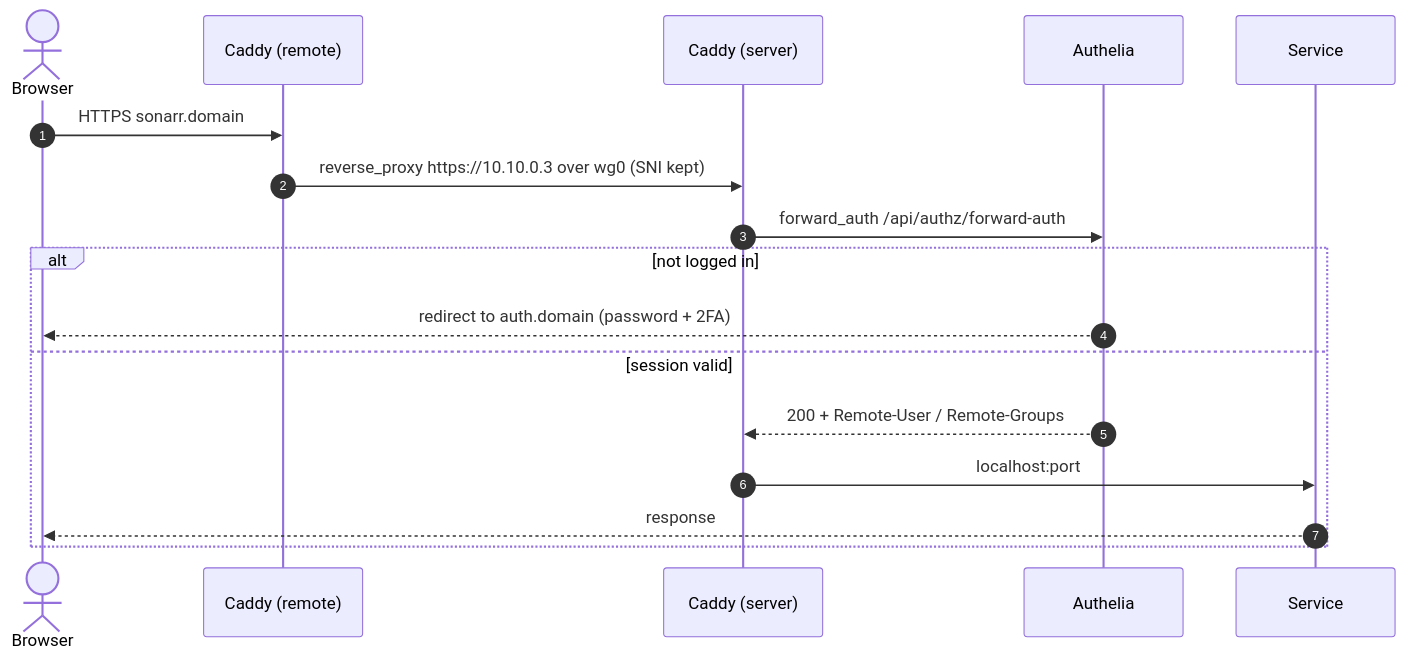
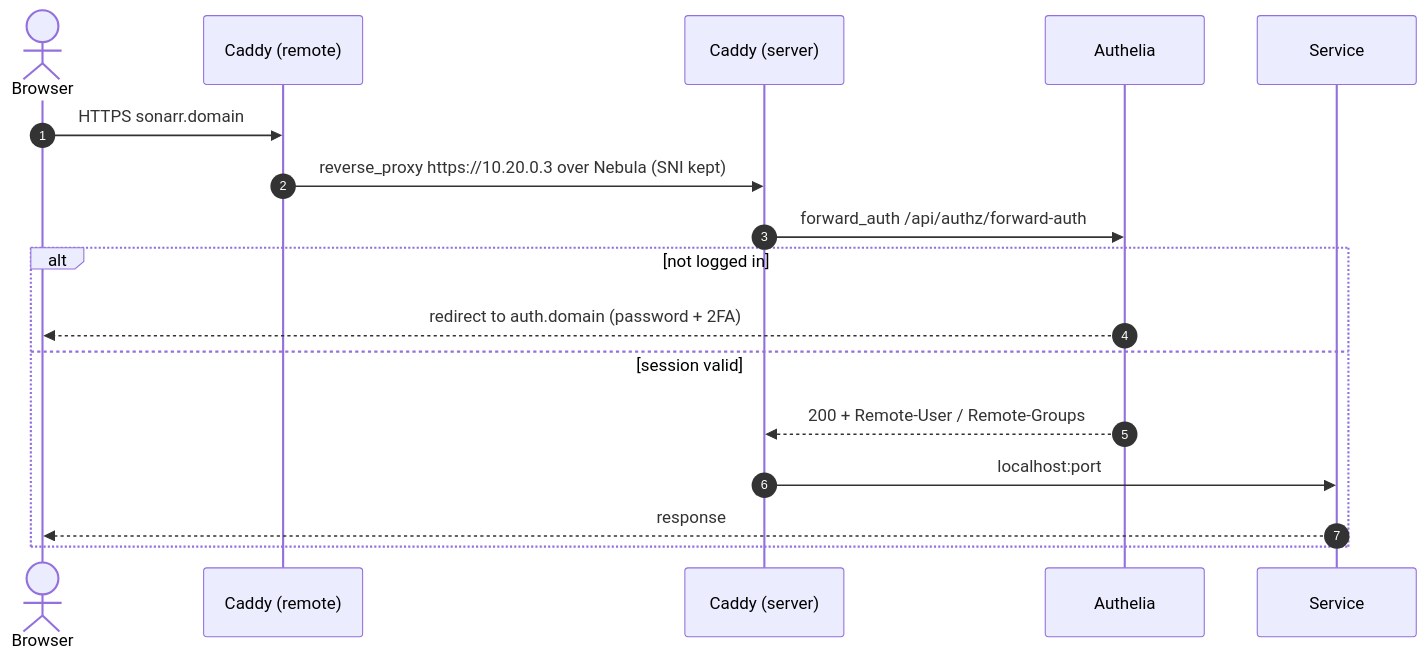
Before and after one commit to LeVraiBaptiste/nixos: the second of 4 diagrams in docs/architecture.md, drawn with Mermaid. The commit also changed other lines of this file and 14 other files, not shown here.

````diff
--- a/docs/architecture.md
+++ b/docs/architecture.md
@@ -64,20 +66,20 @@
 ```mermaid
 sequenceDiagram
     autonumber
     actor U as Browser
     participant E as Caddy (remote)
     participant C as Caddy (server)
     participant A as Authelia
     participant S as Service
 
     U->>E: HTTPS sonarr.domain
-    E->>C: reverse_proxy https://10.10.0.3 over wg0 (SNI kept)
+    E->>C: reverse_proxy https://10.20.0.3 over Nebula (SNI kept)
     C->>A: forward_auth /api/authz/forward-auth
     alt not logged in
         A-->>U: redirect to auth.domain (password + 2FA)
     else session valid
         A-->>C: 200 + Remote-User / Remote-Groups
         C->>S: localhost:port
         S-->>U: response
     end
 ```
````
